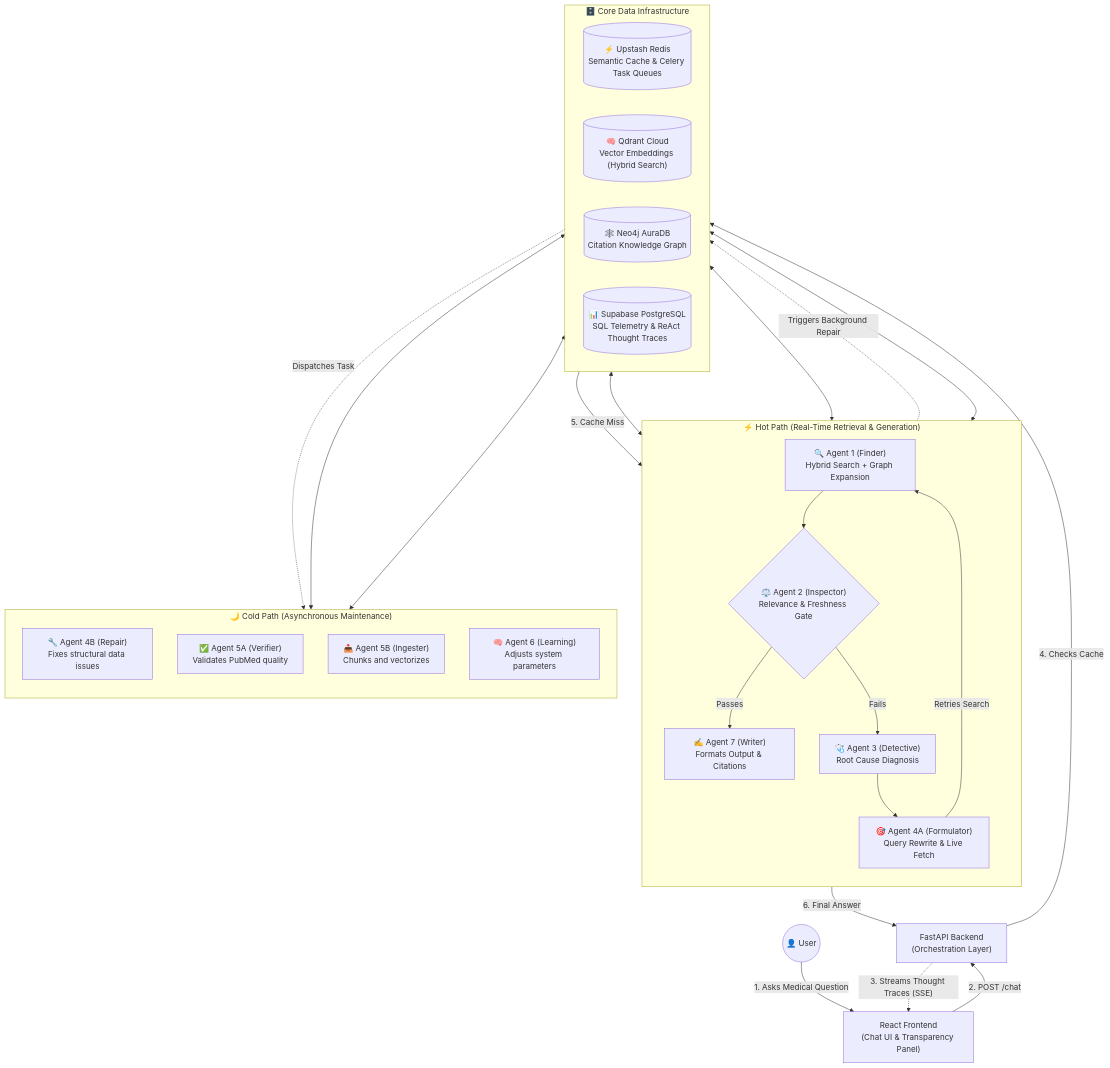
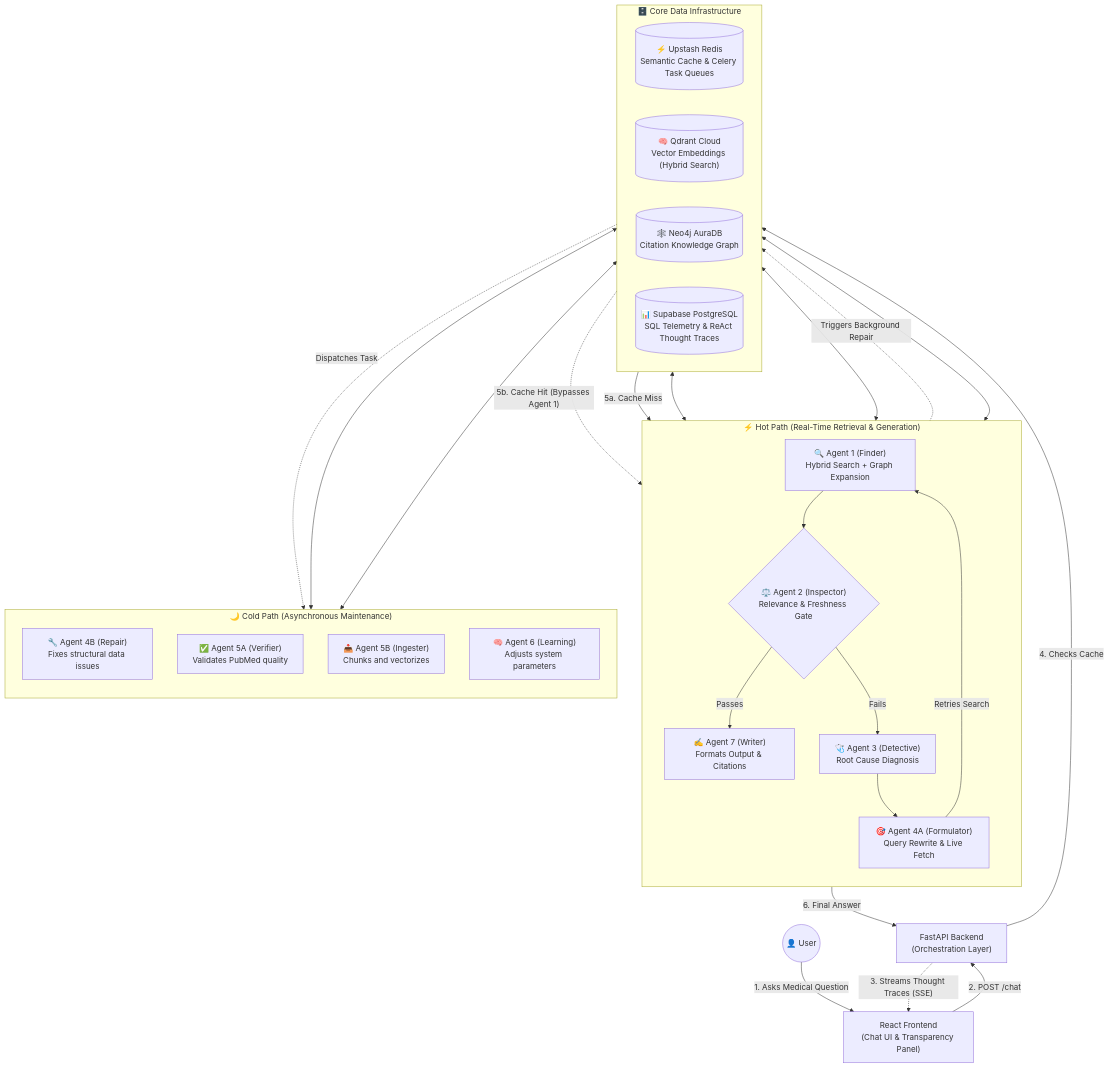
Before and after one commit to pavan939111/SelfLearning_Rag: the first of 11 diagrams in ARCHITECTURE.md, drawn with Mermaid. The commit also changed 1 other file, not shown here.

Commit message:
docs: add cache hit path to system architecture diagram

````diff
--- a/ARCHITECTURE.md
+++ b/ARCHITECTURE.md
@@ -11,46 +11,47 @@
 ```mermaid
 flowchart TB
     USER(("👤 User")) -->|1. Asks Medical Question| UI["React Frontend\n(Chat UI & Transparency Panel)"]
     
     UI -->|2. POST /chat| API["FastAPI Backend\n(Orchestration Layer)"]
     API -.->|"3. Streams Thought Traces (SSE)"| UI
     
     subgraph HOT ["⚡ Hot Path (Real-Time Retrieval & Generation)"]
         direction TB
         A1["🔍 Agent 1 (Finder)\nHybrid Search + Graph Expansion"] --> A2{"⚖️ Agent 2 (Inspector)\nRelevance & Freshness Gate"}
         A2 -->|"Passes"| A7["✍️ Agent 7 (Writer)\nFormats Output & Citations"]
         A2 -->|"Fails"| A3["🩺 Agent 3 (Detective)\nRoot Cause Diagnosis"]
         A3 --> A4A["🎯 Agent 4A (Formulator)\nQuery Rewrite & Live Fetch"]
         A4A -->|"Retries Search"| A1
     end
 
     subgraph COLD ["🌙 Cold Path (Asynchronous Maintenance)"]
         direction TB
         A4B["🔧 Agent 4B (Repair)\nFixes structural data issues"]
         A5A["✅ Agent 5A (Verifier)\nValidates PubMed quality"]
         A5B["📥 Agent 5B (Ingester)\nChunks and vectorizes"]
         A6["🧠 Agent 6 (Learning)\nAdjusts system parameters"]
     end
 
     subgraph DATABASES ["🗄️ Core Data Infrastructure"]
         direction LR
         REDIS[("⚡ Upstash Redis\nSemantic Cache & Celery Task Queues")]
         QDRANT[("🧠 Qdrant Cloud\nVector Embeddings (Hybrid Search)")]
         NEO4J[("🕸️ Neo4j AuraDB\nCitation Knowledge Graph")]
         SUPA[("📊 Supabase PostgreSQL\nSQL Telemetry & ReAct Thought Traces")]
     end
 
     API -->|4. Checks Cache| REDIS
-    REDIS -->|5. Cache Miss| HOT
+    REDIS -->|"5a. Cache Miss"| HOT
+    REDIS -.->|"5b. Cache Hit (Bypasses Agent 1)"| A2
     
     A1 <--> QDRANT
     A1 <--> NEO4J
     HOT <--> SUPA
     
     A3 -.->|"Triggers Background Repair"| REDIS
     REDIS -.->|"Dispatches Task"| COLD
     COLD <--> QDRANT
     COLD <--> SUPA
     
     A7 -->|6. Final Answer| API
 ```
````
